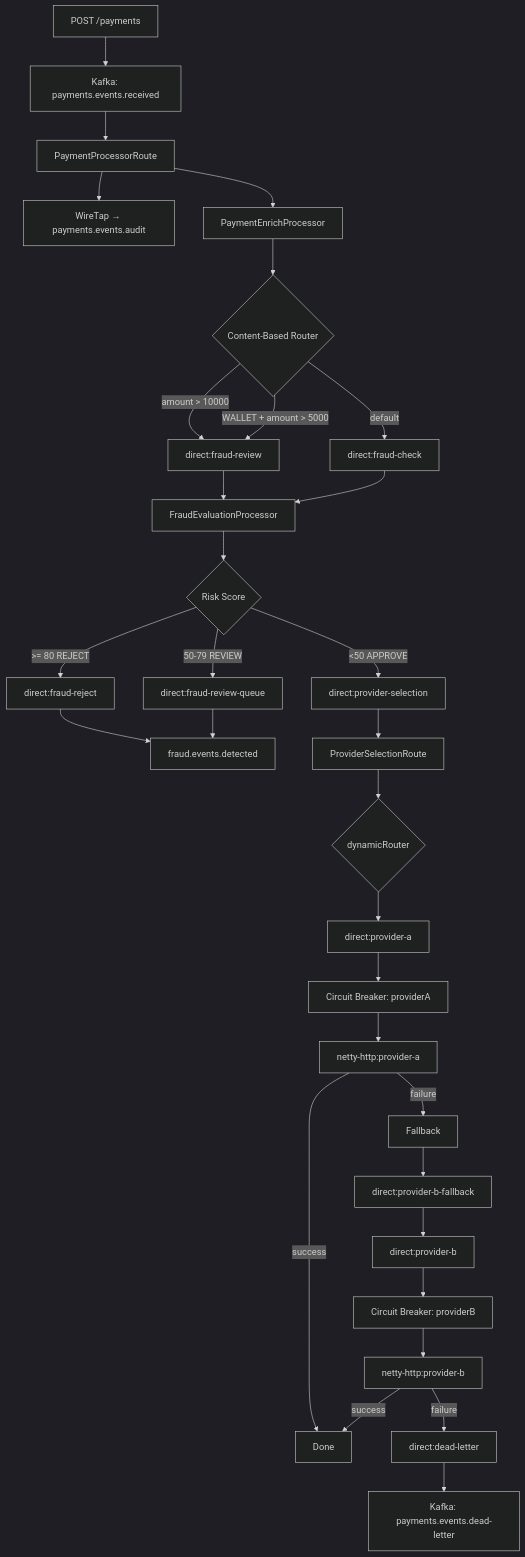
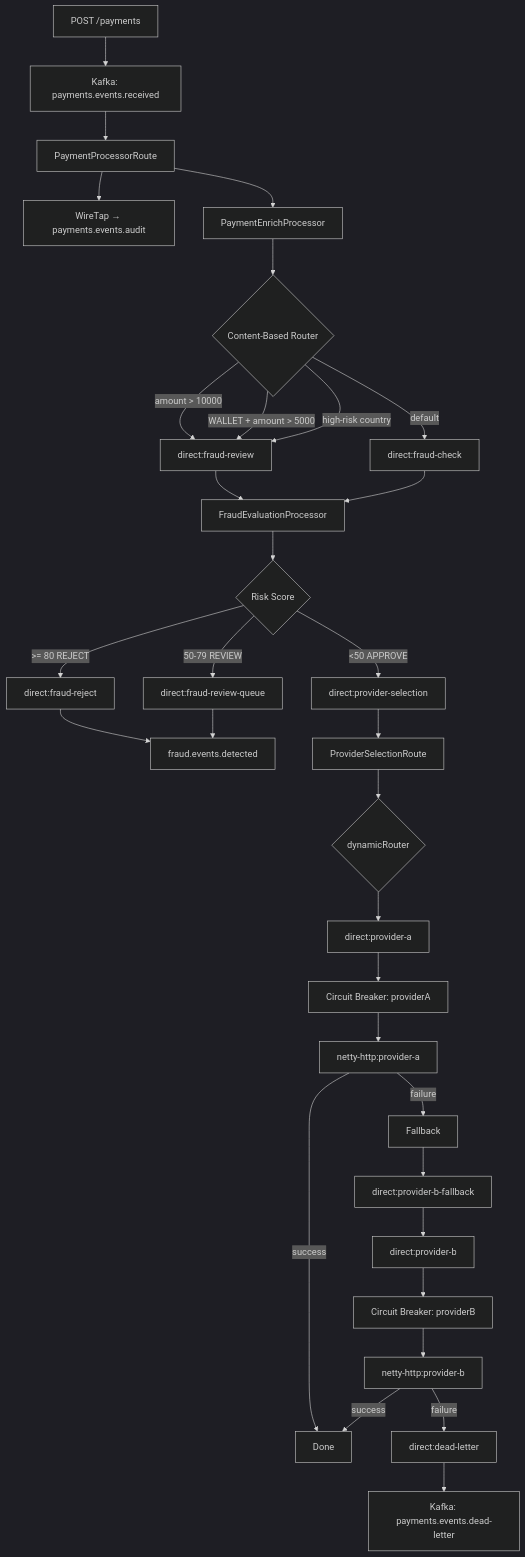
Before and after one commit to sergio11/camel_payment_orchestrator_poc: the first of 3 diagrams in README.md, drawn with Mermaid (dark theme). The commit also changed other lines of this file and 11 other files, not shown here.

````diff
--- a/README.md
+++ b/README.md
@@ -159,33 +160,34 @@
 ```mermaid
 flowchart TD
     A[POST /payments] --> B[Kafka: payments.events.received]
     B --> C[PaymentProcessorRoute]
     C --> D[WireTap → payments.events.audit]
     C --> E[PaymentEnrichProcessor]
     E --> F{Content-Based Router}
     F -->|amount > 10000| G[direct:fraud-review]
     F -->|WALLET + amount > 5000| G
+    F -->|high-risk country| G
     F -->|default| H[direct:fraud-check]
     G --> I[FraudEvaluationProcessor]
     H --> I
     I --> J{Risk Score}
     J -->|>= 80 REJECT| K[direct:fraud-reject]
     J -->|50-79 REVIEW| L[direct:fraud-review-queue]
     J -->|<50 APPROVE| M[direct:provider-selection]
     K --> N[fraud.events.detected]
     L --> N
     M --> O[ProviderSelectionRoute]
     O --> P{dynamicRouter}
     P --> Q[direct:provider-a]
     Q --> R[Circuit Breaker: providerA]
     R --> S[netty-http:provider-a]
     S -->|success| T[Done]
     S -->|failure| U[Fallback]
     U --> V[direct:provider-b-fallback]
     V --> W[direct:provider-b]
     W --> X[Circuit Breaker: providerB]
     X --> Y[netty-http:provider-b]
     Y -->|success| T
     Y -->|failure| Z[direct:dead-letter]
     Z --> AA[Kafka: payments.events.dead-letter]
 ```
````
